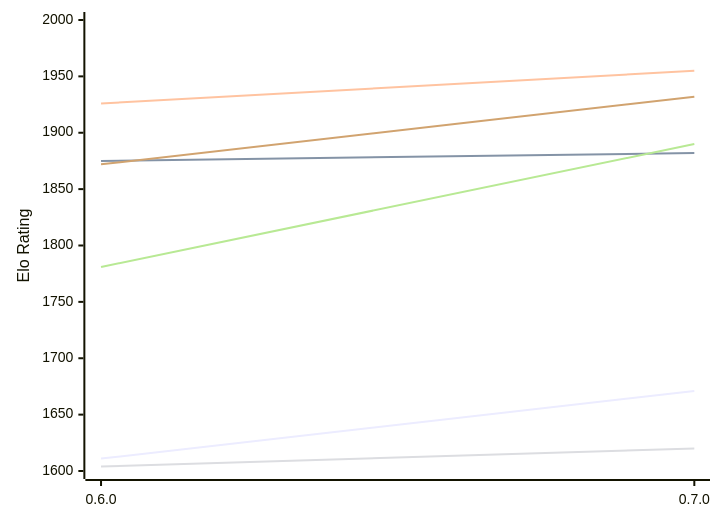
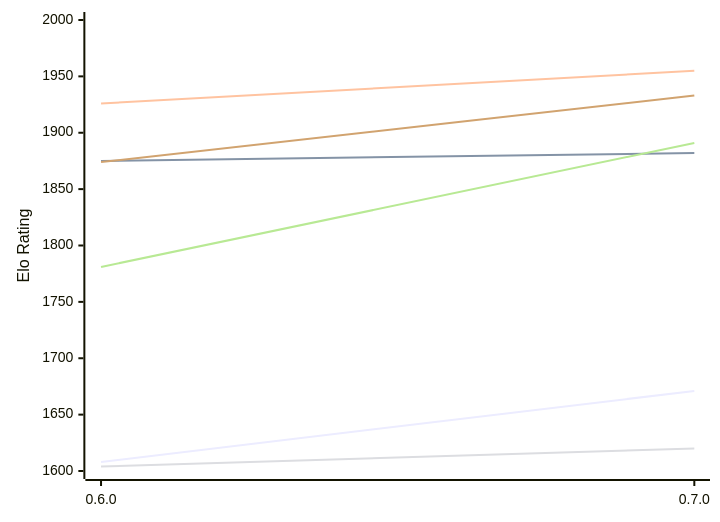
One commit to computer-chess-index/cci changed the first of 2 diagrams in engines/Chess-rs.md. Above: the diagram before and after it, drawn with Mermaid. The commit also changed other lines of this file, not shown here.

Commit message:
Update CCI Ratings (ELO VLTC) - 2026-11-27

````diff
--- a/engines/Chess-rs.md
+++ b/engines/Chess-rs.md
@@ -51,12 +51,12 @@
 ```mermaid
 %%{init: {"theme":"base","themeVariables":{"seriesColors:['#a3a3a3','#222221','#faa371']}}}%%
 xychart-beta
   x-axis ["0.6.0", "0.7.0"]
   y-axis "Elo Rating" 1600 --> 2000
-  line "E1: STC (8.0+0.08s)" [1611, 1671]
+  line "E1: STC (8.0+0.08s)" [1608, 1671]
   line "E1: LTC (60.0+0.60s)" [1875, 1882]
   line "E1: VLTC (2m24s+1.12s)" [1926, 1955]
   line "P1: STC (8.0+0.08s)" [1604, 1620]
-  line "P1: LTC (60.0+0.60s)" [1781, 1890]
-  line "P1: VLTC (2m24s+1.12s)" [1872, 1932]
+  line "P1: LTC (60.0+0.60s)" [1781, 1891]
+  line "P1: VLTC (2m24s+1.12s)" [1874, 1933]
 ```
````
